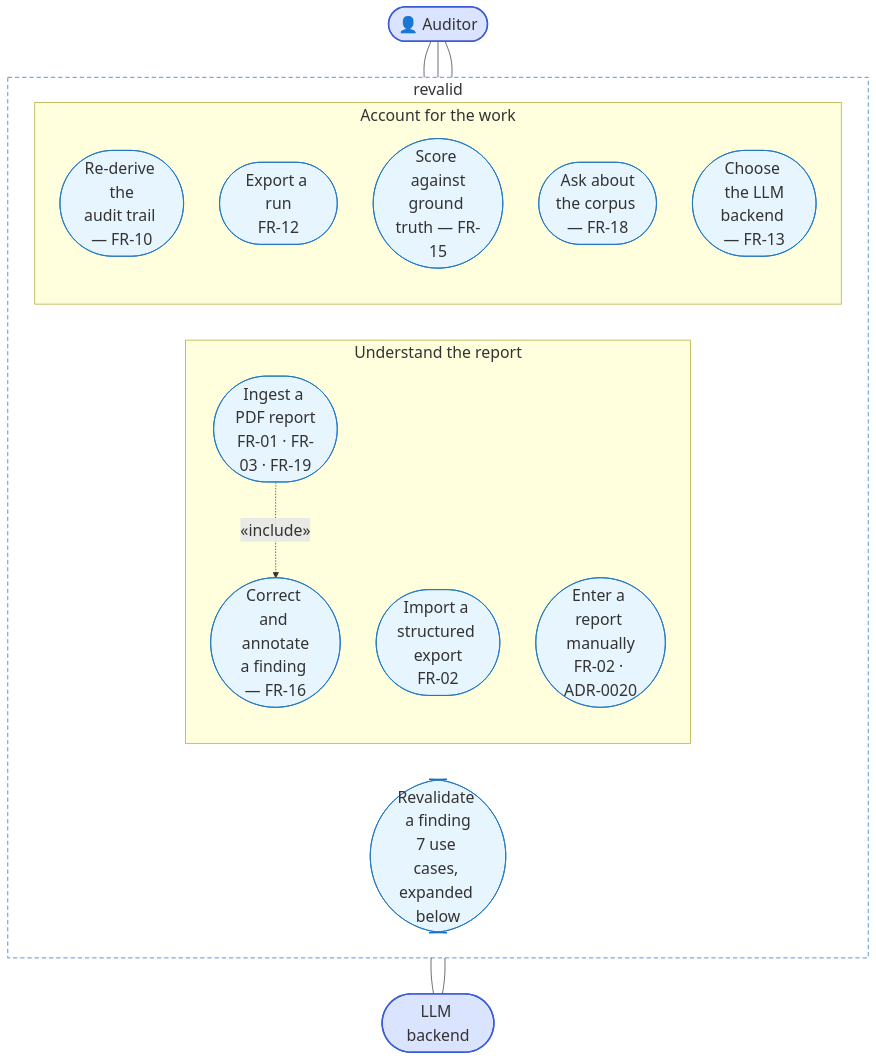
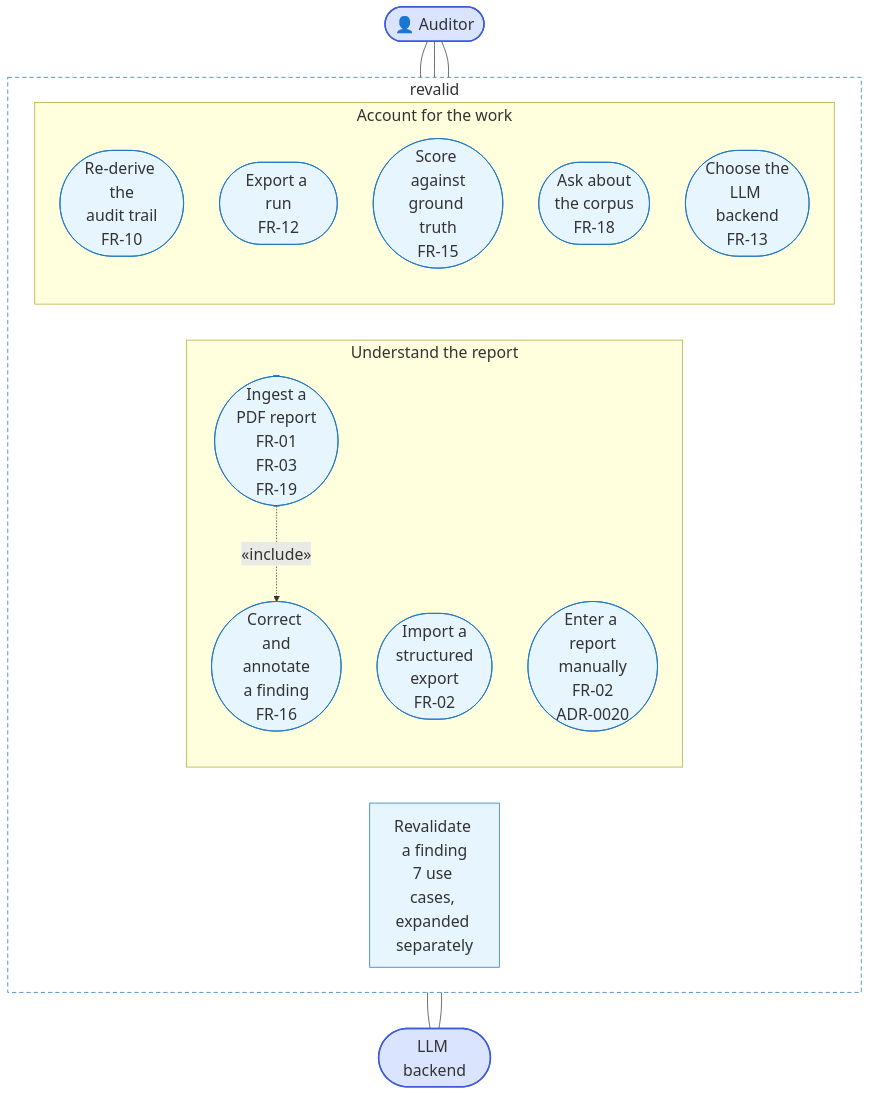
One commit to SelfishCoconut/revalid changed the first of 2 diagrams in docs/requirements/use-cases.md. Above: the diagram before and after it, drawn with Mermaid. The commit also changed other lines of this file and 17 other files, not shown here.

````diff
--- a/docs/requirements/use-cases.md
+++ b/docs/requirements/use-cases.md
@@ -27,42 +27,42 @@
 ```mermaid
 %%{init: {"flowchart": {"useMaxWidth": false, "wrappingWidth": 120}, "themeVariables": {"fontSize": "22px"}}}%%
 flowchart TB
     AUD(["👤 Auditor"])
     LLM(["LLM backend"])
 
     subgraph SYS["revalid"]
         direction LR
 
         subgraph UND["Understand the report"]
             direction TB
-            U1(["Ingest a PDF report<br/>FR-01 · FR-03 · FR-19"])
-            U2(["Import a structured export<br/>FR-02"])
-            U3(["Enter a report manually<br/>FR-02 · ADR-0020"])
-            U4(["Correct and annotate<br/>a finding — FR-16"])
+            U1(["Ingest a<br/>PDF report<br/>FR-01<br/>FR-03<br/>FR-19"])
+            U2(["Import a<br/>structured<br/>export<br/>FR-02"])
+            U3(["Enter a report<br/>manually<br/>FR-02<br/>ADR-0020"])
+            U4(["Correct and<br/>annotate<br/>a finding<br/>FR-16"])
         end
 
-        RET(["Revalidate a finding<br/>7 use cases, expanded below"])
+        RET["Revalidate a finding<br/>7 use cases, expanded separately"]
 
         subgraph OUT["Account for the work"]
             direction TB
-            U12(["Re-derive the<br/>audit trail — FR-10"])
+            U12(["Re-derive the<br/>audit trail<br/>FR-10"])
             U13(["Export a run<br/>FR-12"])
-            U14(["Score against<br/>ground truth — FR-15"])
-            U15(["Ask about<br/>the corpus — FR-18"])
-            U16(["Choose the LLM<br/>backend — FR-13"])
+            U14(["Score against<br/>ground truth<br/>FR-15"])
+            U15(["Ask about<br/>the corpus<br/>FR-18"])
+            U16(["Choose the<br/>LLM backend<br/>FR-13"])
         end
     end
 
     AUD --- UND
     AUD --- RET
     AUD --- OUT
     U1 -.->|"«include»"| U4
     UND --- LLM
     OUT --- LLM
 
     classDef actor fill:#dbe4ff,stroke:#3b5bdb,stroke-width:2px
     classDef uc fill:#e7f5ff,stroke:#1971c2
     class AUD,LLM actor
     class U1,U2,U3,U4,U12,U13,U14,U15,U16,RET uc
     style SYS fill:none,stroke:#1971c2,stroke-dasharray:6 4
 ```
````
